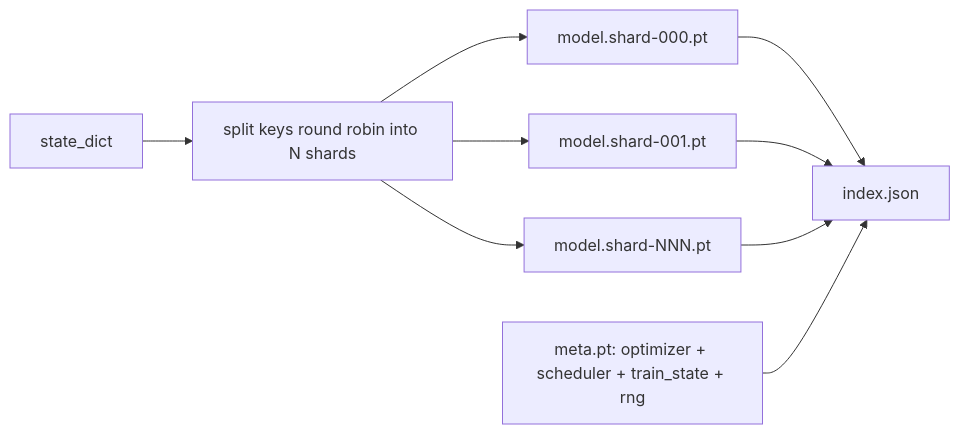
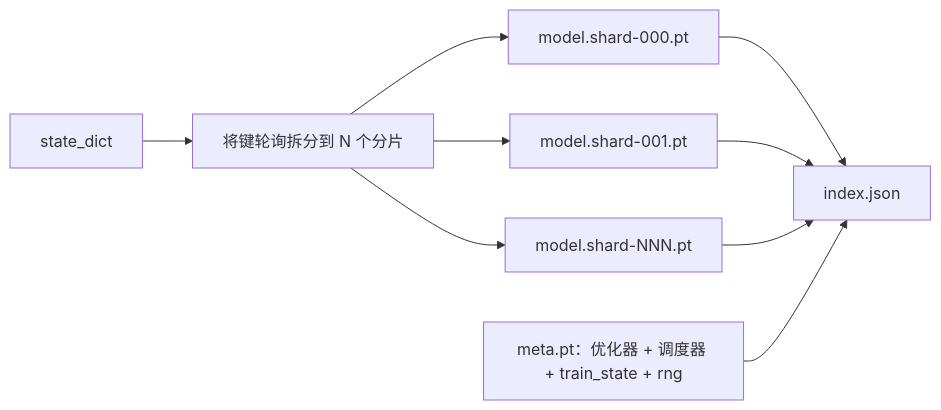
The third of 3 diagrams in lessons/19-capstone-projects/47-checkpoint-save-resume/docs/zh.md (guangningsun/ailearning), drawn with Mermaid before and after one commit. The commit also changed other lines of this file and 85 other files, not shown here.

````diff
--- a/lessons/19-capstone-projects/47-checkpoint-save-resume/docs/zh.md
+++ b/lessons/19-capstone-projects/47-checkpoint-save-resume/docs/zh.md
@@ -65,11 +65,11 @@
 ```mermaid
 flowchart LR
-  state[state_dict] --> split[split keys round robin into N shards]
-  split --> s0[model.shard-000.pt]
-  split --> s1[model.shard-001.pt]
-  split --> sN[model.shard-NNN.pt]
-  s0 --> idx[index.json]
+  state["state_dict"] --> split["将键轮询拆分到 N 个分片"]
+  split --> s0["model.shard-000.pt"]
+  split --> s1["model.shard-001.pt"]
+  split --> sN["model.shard-NNN.pt"]
+  s0 --> idx["index.json"]
   s1 --> idx
   sN --> idx
-  meta[meta.pt: optimizer + scheduler + train_state + rng] --> idx
+  meta["meta.pt：优化器 + 调度器 + train_state + rng"] --> idx
 ```
````
